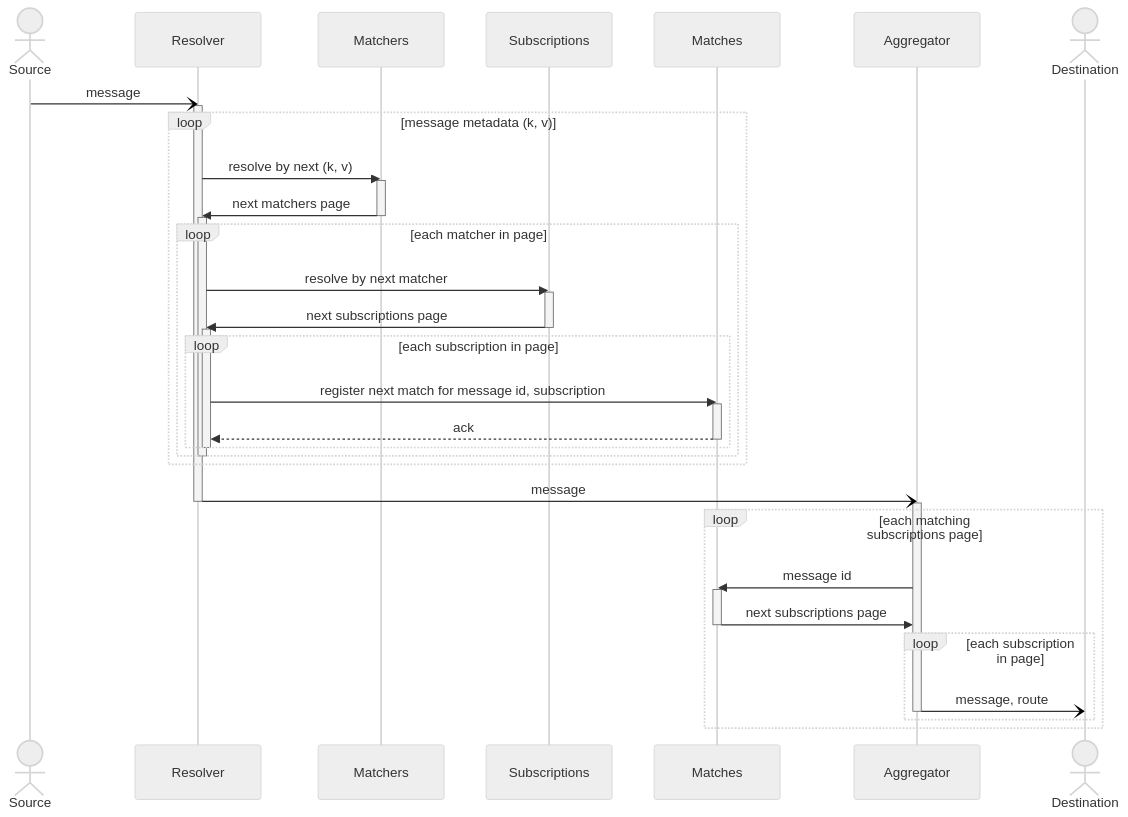
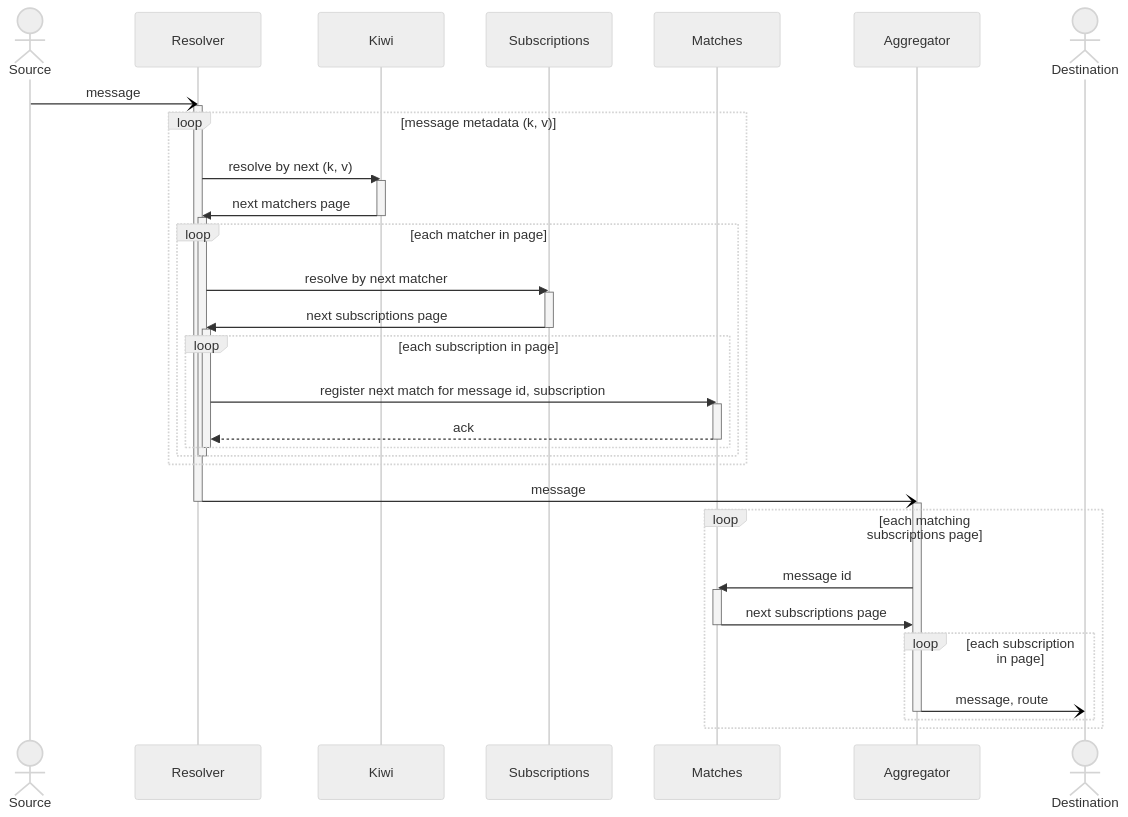
The diagram in profile/README.md (awakari/.github), drawn with Mermaid before and after one commit.

Commit message:
rename: matchers -> kiwi

````diff
--- a/profile/README.md
+++ b/profile/README.md
@@ -3,61 +3,61 @@
 ```mermaid
 %%{init: {'theme': 'neutral' } }%%
 sequenceDiagram
 
     actor Source
     participant Resolver
-    participant Matchers
+    participant Kiwi
     participant Subscriptions
     participant Matches
     participant Aggregator
     actor Destination
 
     Source-)Resolver: message
     activate Resolver
     
     loop message metadata (k, v)
     
-        Resolver->>Matchers: resolve by next (k, v)
-        activate Matchers
-        Matchers->>Resolver: next matchers page
-        deactivate Matchers
+        Resolver->>Kiwi: resolve by next (k, v)
+        activate Kiwi
+        Kiwi->>Resolver: next matchers page
+        deactivate Kiwi
         
         activate Resolver
         loop each matcher in page
             
             Resolver->>Subscriptions: resolve by next matcher
             activate Subscriptions
             Subscriptions->>Resolver: next subscriptions page
             deactivate Subscriptions
             
             activate Resolver
             loop each subscription in page
                 Resolver->>Matches: register next match for message id, subscription
                 activate Matches
                 Matches-->>Resolver: ack
                 deactivate Matches
             end
             deactivate Resolver
             
         end
         deactivate Resolver
     end
         
     Resolver-)Aggregator: message
     deactivate Resolver
 
     activate Aggregator
     loop each matching subscriptions page
         
         Aggregator->>Matches: message id
         activate Matches
         Matches->>Aggregator: next subscriptions page
         deactivate Matches
         
         loop each subscription in page
             Aggregator-)Destination: message, route
             deactivate Aggregator
         end
         
     end
 ```
````
